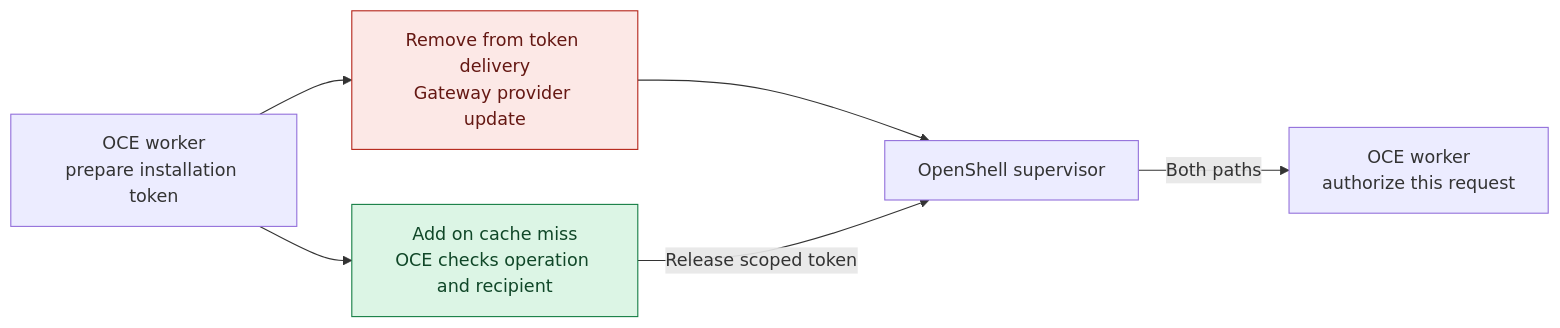
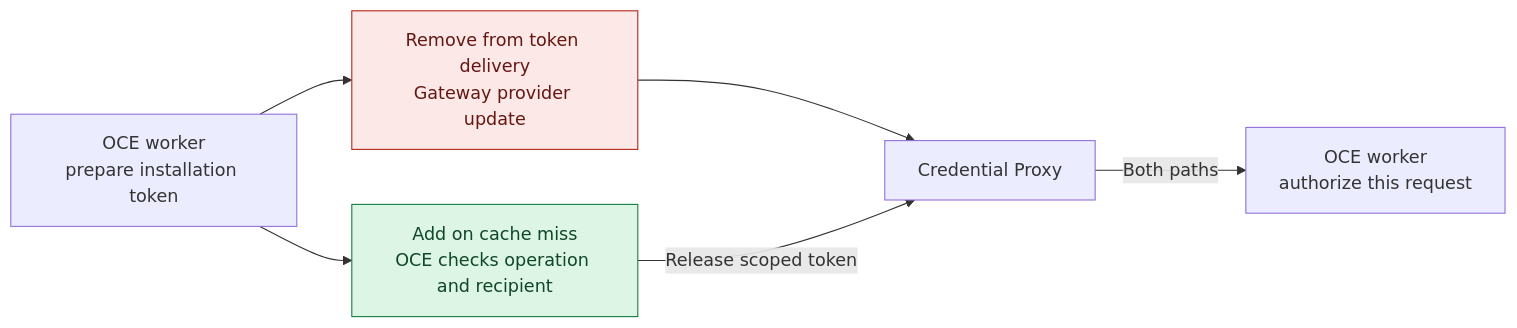
Before and after one commit to openclaw/openclaw-enterprise: the diagram in docs/design/credential-proxy-architecture.md, drawn with Mermaid. The commit also changed other lines of this file and 18 other files, not shown here.

````diff
--- a/docs/design/credential-proxy-architecture.md
+++ b/docs/design/credential-proxy-architecture.md
@@ -37,15 +45,15 @@
 ```mermaid
 flowchart LR
     W["OCE worker<br/>prepare installation token"]
     G["Remove from token delivery<br/>Gateway provider update"]
     R["Add on cache miss<br/>OCE checks operation and recipient"]
-    S["OpenShell supervisor"]
+    S["Credential Proxy"]
     A["OCE worker<br/>authorize this request"]
     W --> G --> S
     W --> R -->|"Release scoped token"| S
     S -->|"Both paths"| A
     classDef removed fill:#fce8e6,stroke:#b42318,color:#651813
     classDef added fill:#dcf5e5,stroke:#147d44,color:#104728
     class G removed
     class R added
 ```
````
